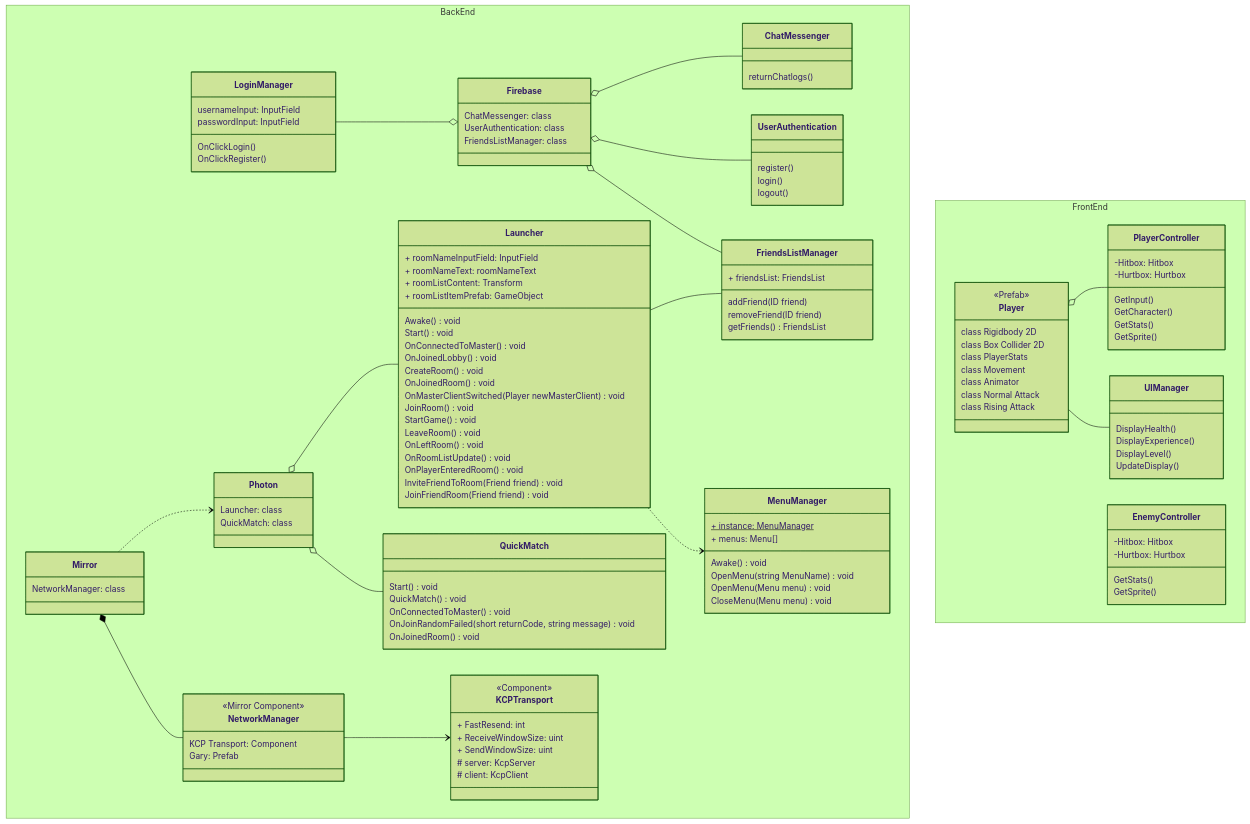
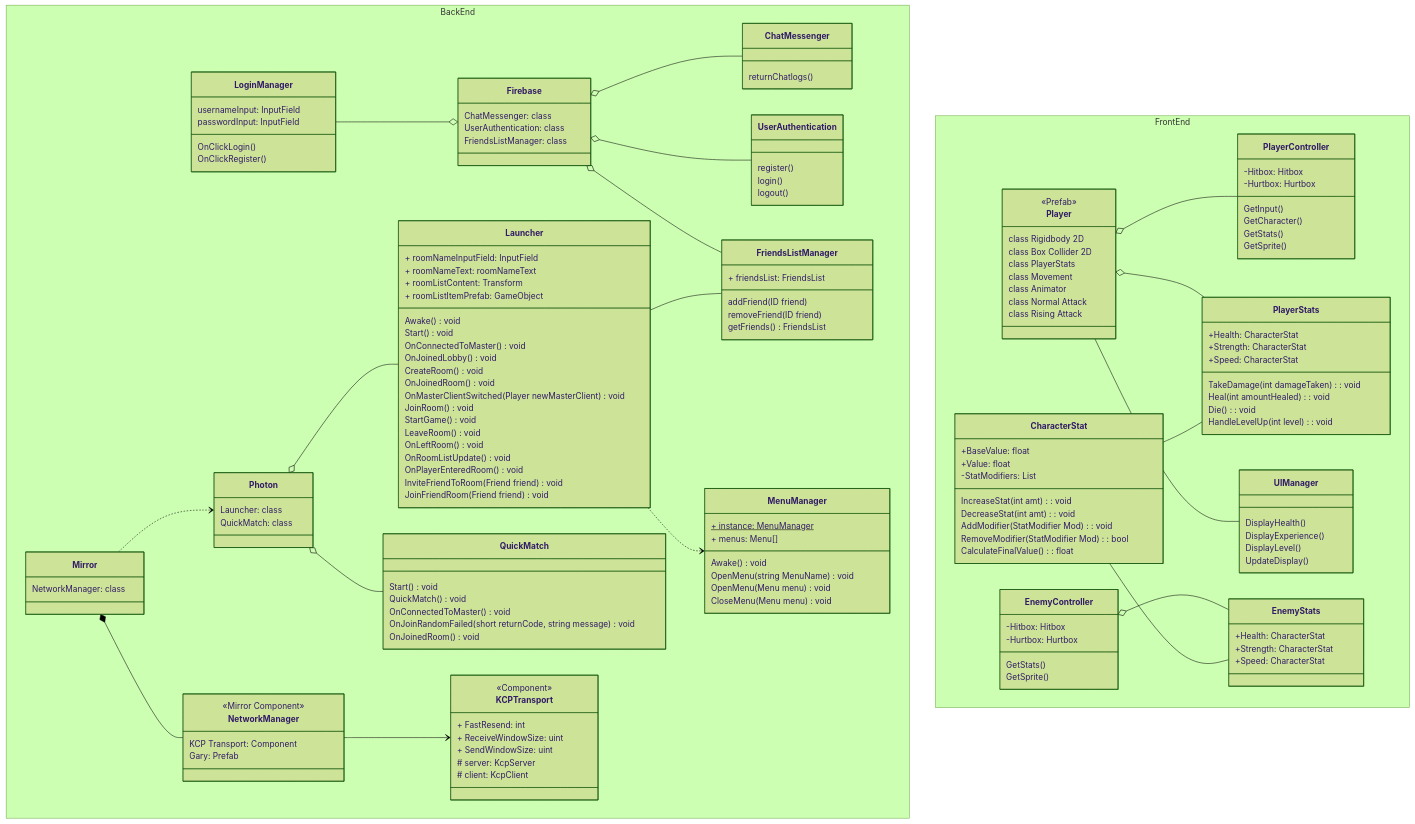
One commit to Capstone-Projects-2024-Spring/project-rpg-elements-game changed the diagram in documentation/docs/system-architecture/Architecture.md. Above: the diagram before and after it, drawn with Mermaid (forest theme).

Commit message:
Update Architecture.md with ChracterStat, PlayerStats, EnemyStats

````diff
--- a/documentation/docs/system-architecture/Architecture.md
+++ b/documentation/docs/system-architecture/Architecture.md
@@ -32,12 +32,17 @@
 classDiagram
 
     Player o-- PlayerController
+    Player o-- PlayerStats
     Player -- UIManager
+    EnemyController o-- EnemyStats
+    CharacterStat -- EnemyStats
+    CharacterStat -- PlayerStats
 
     Firebase o-- ChatMessenger
     Firebase o-- UserAuthentication
     Firebase o-- FriendsListManager
     LoginManager --o Firebase
+
 
     Photon o-- Launcher
     Photon o-- QuickMatch
@@ -178,5 +183,32 @@
             DisplayLevel()
             UpdateDisplay()
         }
+
+        class CharacterStat{
+            +BaseValue: float
+            +Value: float
+            -StatModifiers: List<StatModifier>
+            IncreaseStat(int amt): void
+            DecreaseStat(int amt): void
+            AddModifier(StatModifier Mod): void
+            RemoveModifier(StatModifier Mod): bool
+            CalculateFinalValue(): float
+        }
+
+        class EnemyStats{
+            +Health: CharacterStat
+            +Strength: CharacterStat
+            +Speed: CharacterStat
+        }
+
+        class PlayerStats{
+            +Health: CharacterStat
+            +Strength: CharacterStat
+            +Speed: CharacterStat
+            TakeDamage(int damageTaken): void
+            Heal(int amountHealed): void
+            Die(): void
+            HandleLevelUp(int level): void 
+        }
     }
 ```
````
